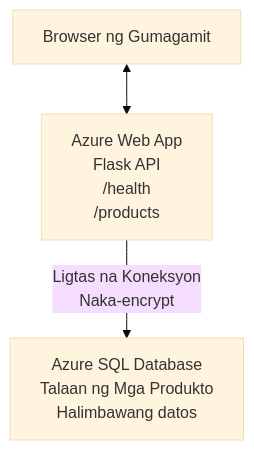
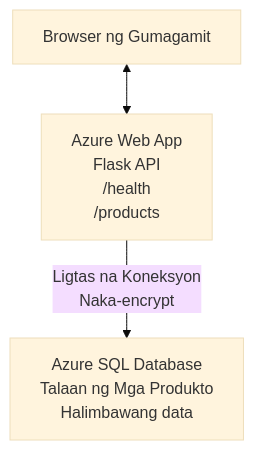
One commit to microsoft/AZD-for-beginners changed the diagram in translations/tl/examples/database-app/README.md. Above: the diagram before and after it, drawn with Mermaid (base theme). The commit also changed other lines of this file and 104 other files, not shown here.

````diff
--- a/translations/tl/examples/database-app/README.md
+++ b/translations/tl/examples/database-app/README.md
@@ -72,5 +72,5 @@
 ```mermaid
 graph TD
     Browser[Browser ng Gumagamit] <--> WebApp[Azure Web App<br/>Flask API<br/>/health<br/>/products]
-    WebApp -- Ligtas na Koneksyon<br/>Naka-encrypt --> SQL[Azure SQL Database<br/>Talaan ng Mga Produkto<br/>Halimbawang datos]
+    WebApp -- Ligtas na Koneksyon<br/>Naka-encrypt --> SQL[Azure SQL Database<br/>Talaan ng Mga Produkto<br/>Halimbawang data]
 ```
````
